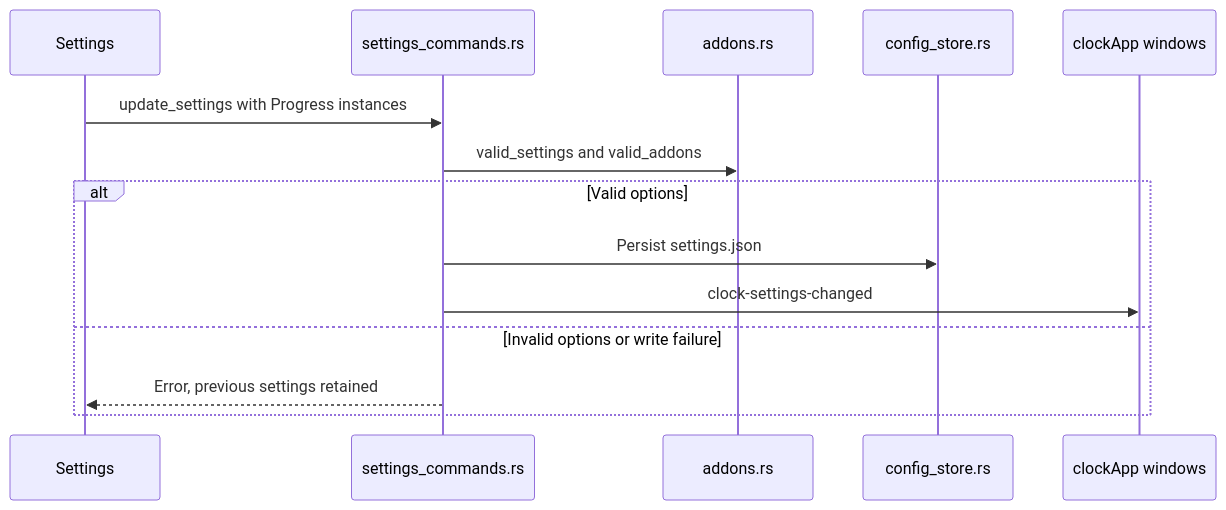
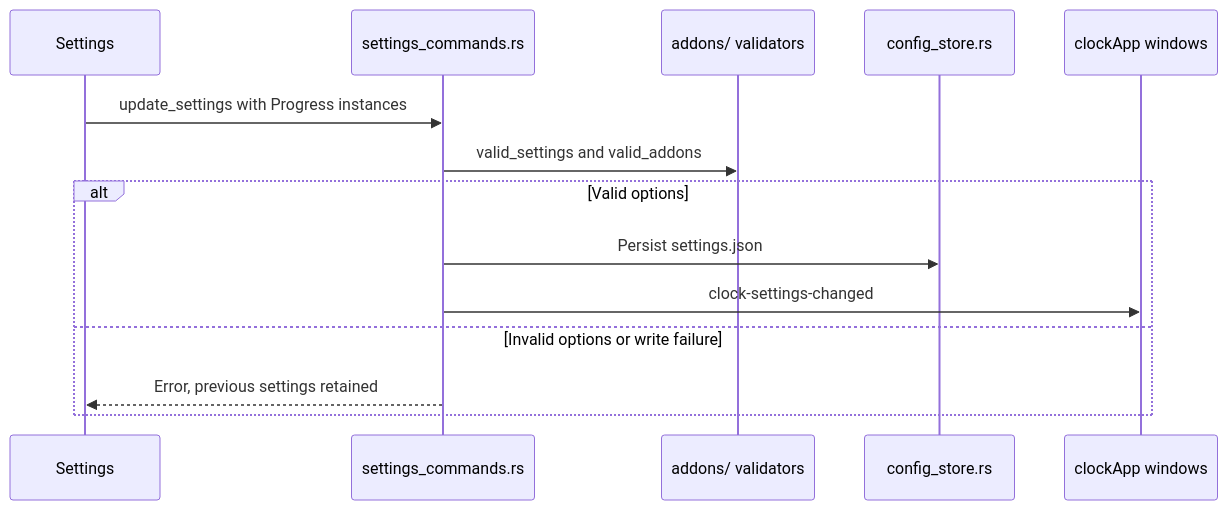
One commit to tbkmax/TopClock changed the fourth of 12 diagrams in src-tauri/src/doc/workflow_diagram.md. Above: the diagram before and after it, drawn with Mermaid. The commit also changed other lines of this file and 69 other files, not shown here.

````diff
--- a/src-tauri/src/doc/workflow_diagram.md
+++ b/src-tauri/src/doc/workflow_diagram.md
@@ -69,16 +69,16 @@
 ```mermaid
 sequenceDiagram
     participant Settings
     participant Command as settings_commands.rs
-    participant Validator as addons.rs
+    participant Validator as addons/ validators
     participant Store as config_store.rs
     participant Clocks as clockApp windows
     Settings->>Command: update_settings with Progress instances
     Command->>Validator: valid_settings and valid_addons
     alt Valid options
         Command->>Store: Persist settings.json
         Command->>Clocks: clock-settings-changed
     else Invalid options or write failure
         Command-->>Settings: Error, previous settings retained
     end
 ```
````
